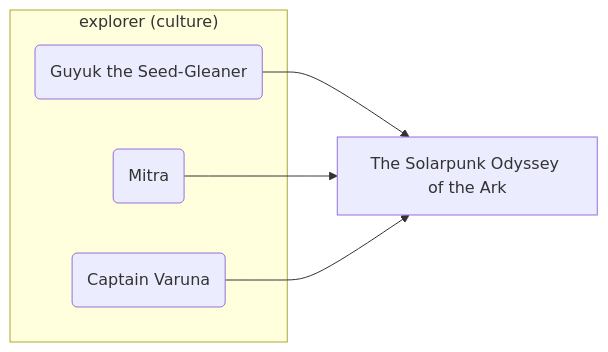
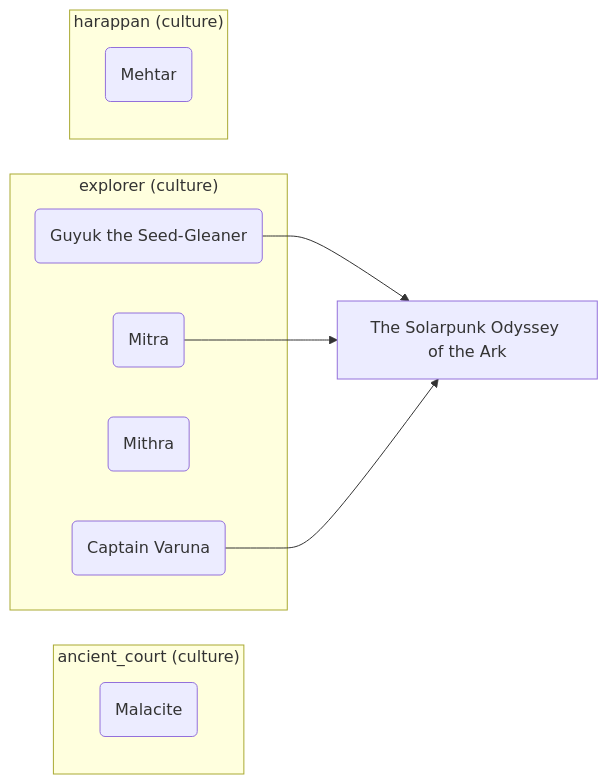
The sixth of 6 diagrams in docs/memory_map.md (lordlebu/SouthOfTethys), drawn with Mermaid before and after one commit. The commit also changed other lines of this file and 15 other files, not shown here.

````diff
--- a/docs/memory_map.md
+++ b/docs/memory_map.md
@@ -341,12 +341,19 @@
 ```mermaid
 graph LR
+  subgraph grp_ancient_court["ancient_court (culture)"]
+    character_malacite("Malacite")
+  end
   subgraph grp_explorer["explorer (culture)"]
     character_varuna("Captain Varuna")
     character_guyuk_reborn("Guyuk the Seed-Gleaner")
+    character_mithra("Mithra")
     character_mitra("Mitra")
+  end
+  subgraph grp_harappan["harappan (culture)"]
+    character_mehtar("Mehtar")
   end
   event_survival_train_solarpunk["The Solarpunk Odyssey of the Ark"]
   character_guyuk_reborn --> event_survival_train_solarpunk
   character_mitra --> event_survival_train_solarpunk
   character_varuna --> event_survival_train_solarpunk
 ```
````
